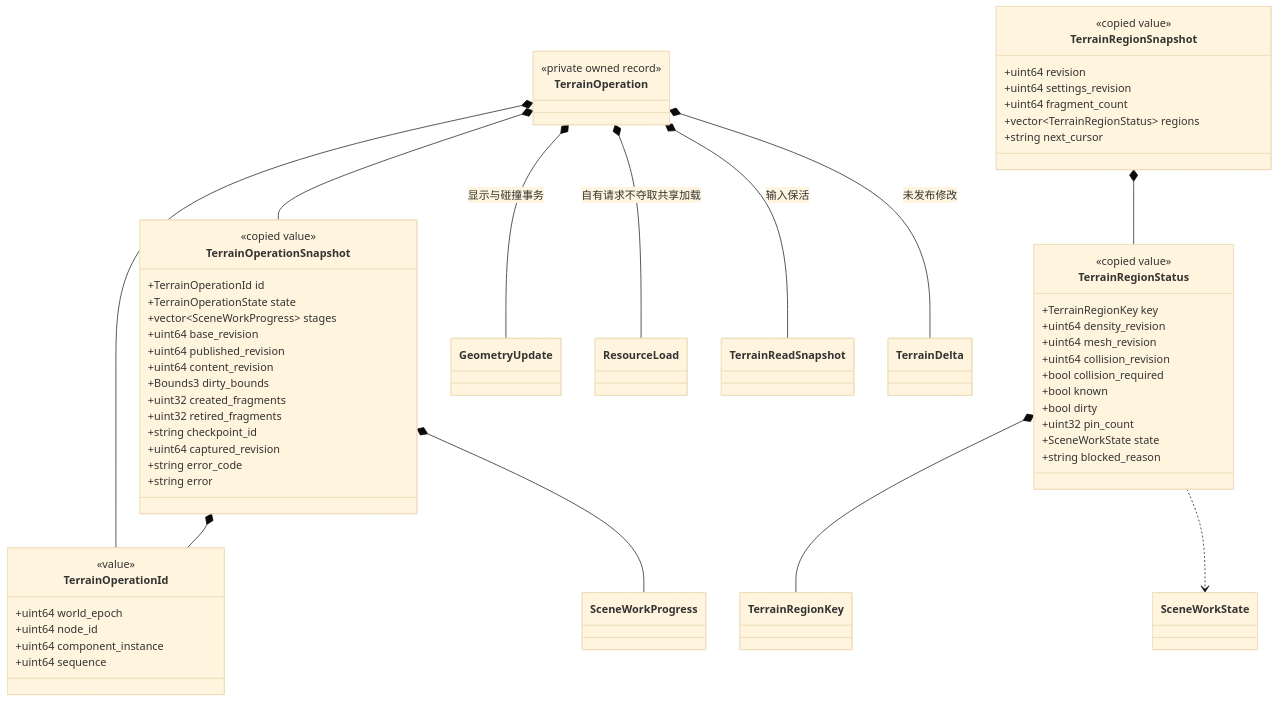
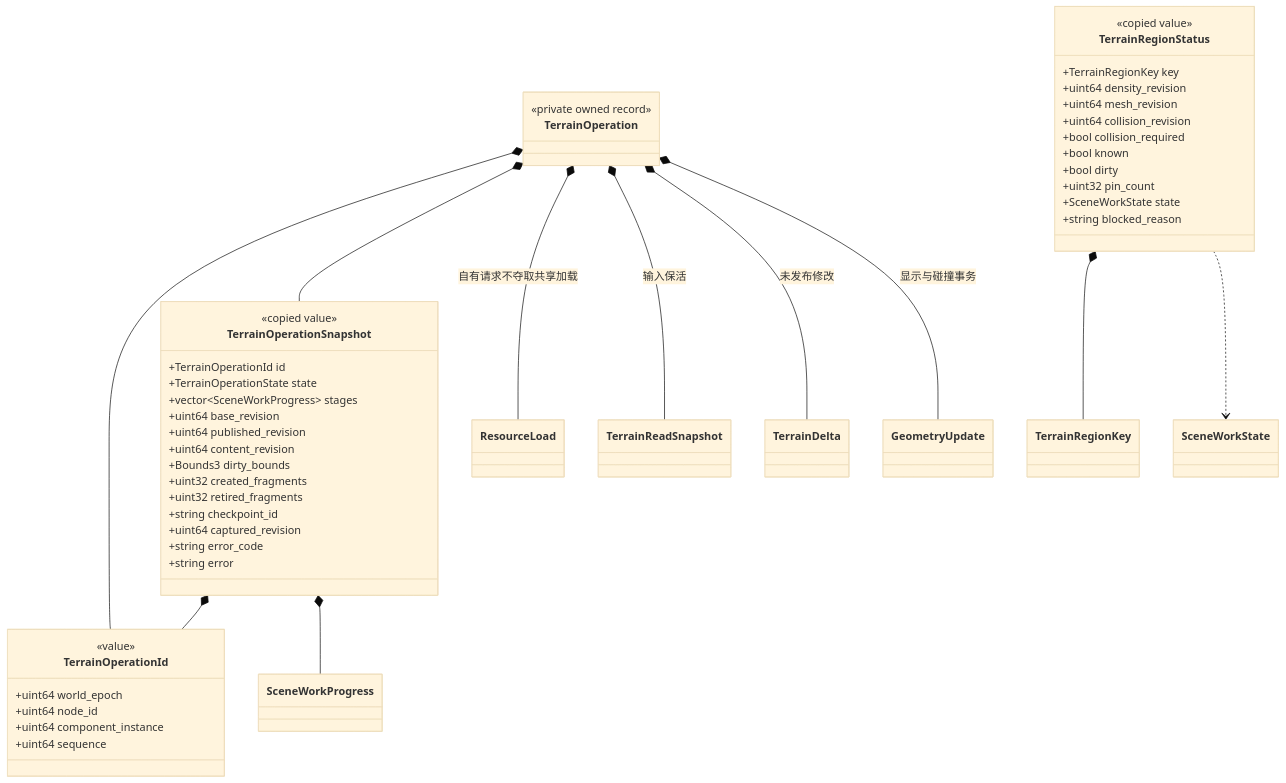
The first of 2 diagrams in docs/plugins/runtime/class-diagrams/terrain-operations.md (lcgamedevelop/Engine), drawn with Mermaid (base theme) before and after one commit. The commit also changed other lines of this file and 19 other files, not shown here.

First line of the commit message:
Fix terrain demand status and RVT frame readiness

````diff
--- a/docs/plugins/runtime/class-diagrams/terrain-operations.md
+++ b/docs/plugins/runtime/class-diagrams/terrain-operations.md
@@ -7,65 +7,56 @@
 ```mermaid
 classDiagram
     class TerrainOperationId {
         <<value>>
         +uint64 world_epoch
         +uint64 node_id
         +uint64 component_instance
         +uint64 sequence
     }
     class TerrainOperationSnapshot {
         <<copied value>>
         +TerrainOperationId id
         +TerrainOperationState state
         +vector~SceneWorkProgress~ stages
         +uint64 base_revision
         +uint64 published_revision
         +uint64 content_revision
         +Bounds3 dirty_bounds
         +uint32 created_fragments
         +uint32 retired_fragments
         +string checkpoint_id
         +uint64 captured_revision
         +string error_code
         +string error
     }
     class TerrainRegionStatus {
         <<copied value>>
         +TerrainRegionKey key
         +uint64 density_revision
         +uint64 mesh_revision
         +uint64 collision_revision
         +bool collision_required
         +bool known
         +bool dirty
         +uint32 pin_count
         +SceneWorkState state
         +string blocked_reason
     }
     class TerrainOperation {
         <<private owned record>>
     }
-    class TerrainRegionSnapshot {
-        <<copied value>>
-        +uint64 revision
-        +uint64 settings_revision
-        +uint64 fragment_count
-        +vector~TerrainRegionStatus~ regions
-        +string next_cursor
-    }
     class GeometryUpdate
     class ResourceLoad
     class TerrainReadSnapshot
     class TerrainDelta
     TerrainOperation *-- TerrainOperationId
     TerrainOperation *-- TerrainOperationSnapshot
     TerrainOperation *-- ResourceLoad : 自有请求不夺取共享加载
     TerrainOperation *-- TerrainReadSnapshot : 输入保活
     TerrainOperation *-- TerrainDelta : 未发布修改
     TerrainOperation *-- GeometryUpdate : 显示与碰撞事务
     TerrainOperationSnapshot *-- TerrainOperationId
     TerrainOperationSnapshot *-- SceneWorkProgress
     TerrainRegionStatus *-- TerrainRegionKey
     TerrainRegionStatus ..> SceneWorkState
-    TerrainRegionSnapshot *-- TerrainRegionStatus
 ```
````
